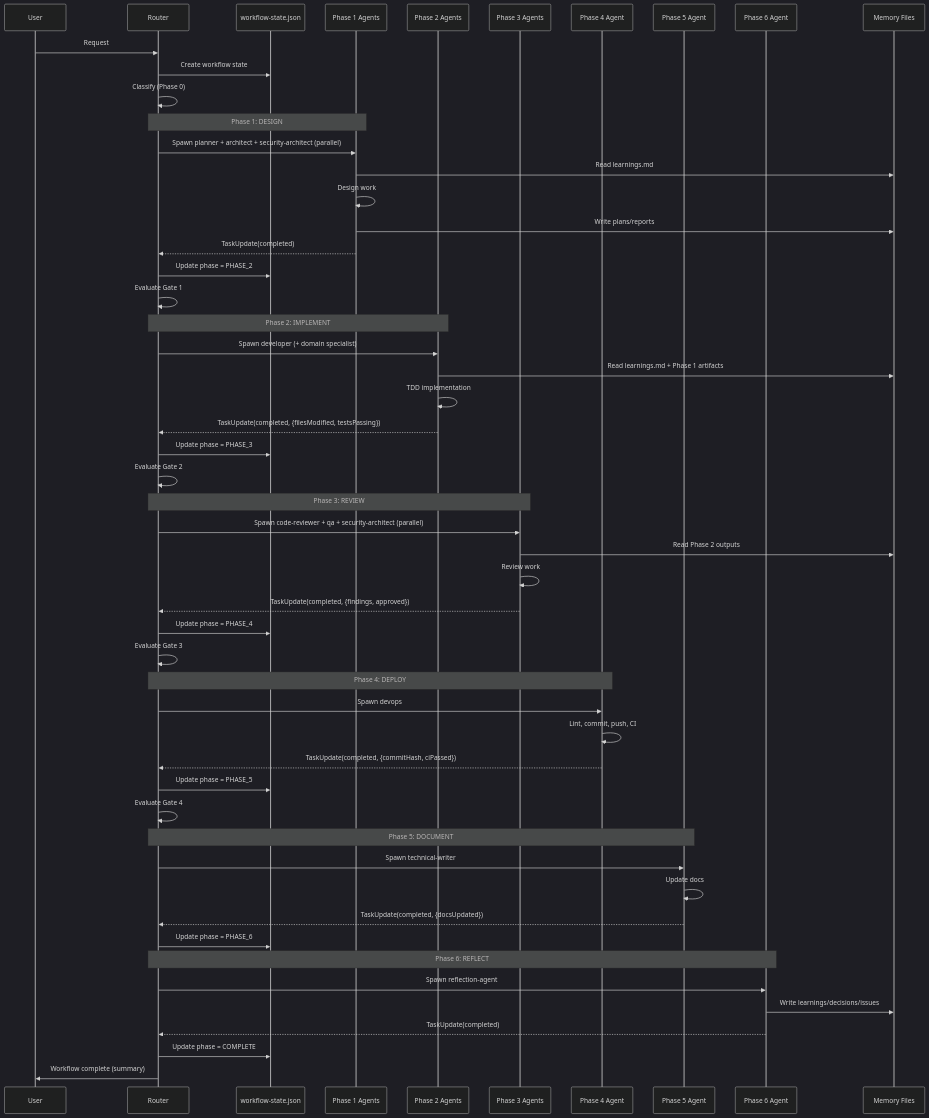
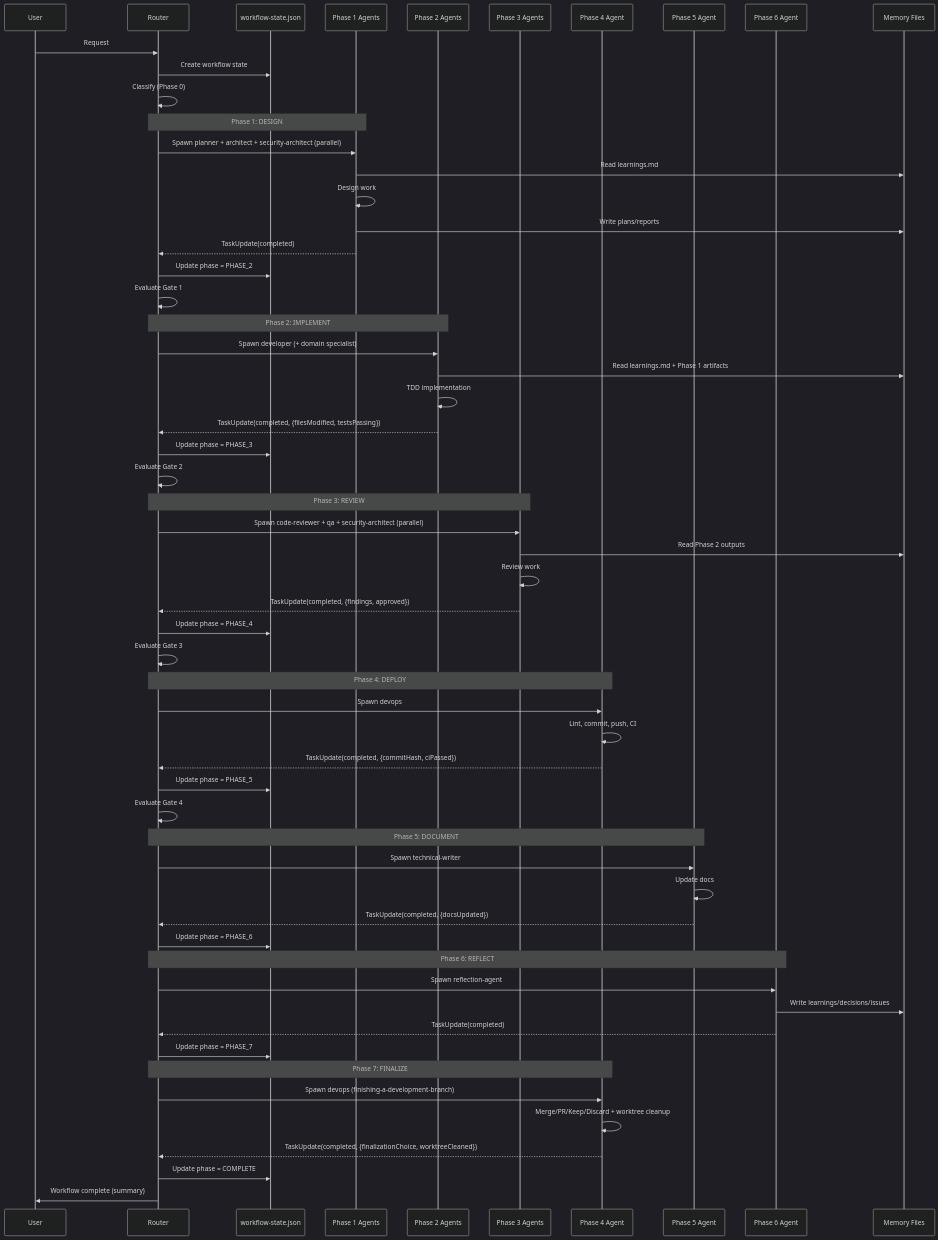
The diagram in .claude/workflows/core/enterprise-workflow.md (oimiragieo/LLM-RULES), drawn with Mermaid (dark theme) before and after one commit. The commit also changed other lines of this file and 4 other files, not shown here.

First line of the commit message:
fix: add Phase 7 (Finalize) to enterprise workflow and git commit verification

````diff
--- a/.claude/workflows/core/enterprise-workflow.md
+++ b/.claude/workflows/core/enterprise-workflow.md
@@ -1008,62 +1072,68 @@
 ```mermaid
 sequenceDiagram
     participant U as User
     participant R as Router
     participant WS as workflow-state.json
     participant P1 as Phase 1 Agents
     participant P2 as Phase 2 Agents
     participant P3 as Phase 3 Agents
     participant P4 as Phase 4 Agent
     participant P5 as Phase 5 Agent
     participant P6 as Phase 6 Agent
     participant M as Memory Files
 
     U->>R: Request
     R->>WS: Create workflow state
     R->>R: Classify (Phase 0)
 
     Note over R,P1: Phase 1: DESIGN
     R->>P1: Spawn planner + architect + security-architect (parallel)
     P1->>M: Read learnings.md
     P1->>P1: Design work
     P1->>M: Write plans/reports
     P1-->>R: TaskUpdate(completed)
     R->>WS: Update phase = PHASE_2
     R->>R: Evaluate Gate 1
 
     Note over R,P2: Phase 2: IMPLEMENT
     R->>P2: Spawn developer (+ domain specialist)
     P2->>M: Read learnings.md + Phase 1 artifacts
     P2->>P2: TDD implementation
     P2-->>R: TaskUpdate(completed, {filesModified, testsPassing})
     R->>WS: Update phase = PHASE_3
     R->>R: Evaluate Gate 2
 
     Note over R,P3: Phase 3: REVIEW
     R->>P3: Spawn code-reviewer + qa + security-architect (parallel)
     P3->>M: Read Phase 2 outputs
     P3->>P3: Review work
     P3-->>R: TaskUpdate(completed, {findings, approved})
     R->>WS: Update phase = PHASE_4
     R->>R: Evaluate Gate 3
 
     Note over R,P4: Phase 4: DEPLOY
     R->>P4: Spawn devops
     P4->>P4: Lint, commit, push, CI
     P4-->>R: TaskUpdate(completed, {commitHash, ciPassed})
     R->>WS: Update phase = PHASE_5
     R->>R: Evaluate Gate 4
 
     Note over R,P5: Phase 5: DOCUMENT
     R->>P5: Spawn technical-writer
     P5->>P5: Update docs
     P5-->>R: TaskUpdate(completed, {docsUpdated})
     R->>WS: Update phase = PHASE_6
 
     Note over R,P6: Phase 6: REFLECT
     R->>P6: Spawn reflection-agent
     P6->>M: Write learnings/decisions/issues
     P6-->>R: TaskUpdate(completed)
+    R->>WS: Update phase = PHASE_7
+
+    Note over R,P4: Phase 7: FINALIZE
+    R->>P4: Spawn devops (finishing-a-development-branch)
+    P4->>P4: Merge/PR/Keep/Discard + worktree cleanup
+    P4-->>R: TaskUpdate(completed, {finalizationChoice, worktreeCleaned})
     R->>WS: Update phase = COMPLETE
     R->>U: Workflow complete (summary)
 ```
````
